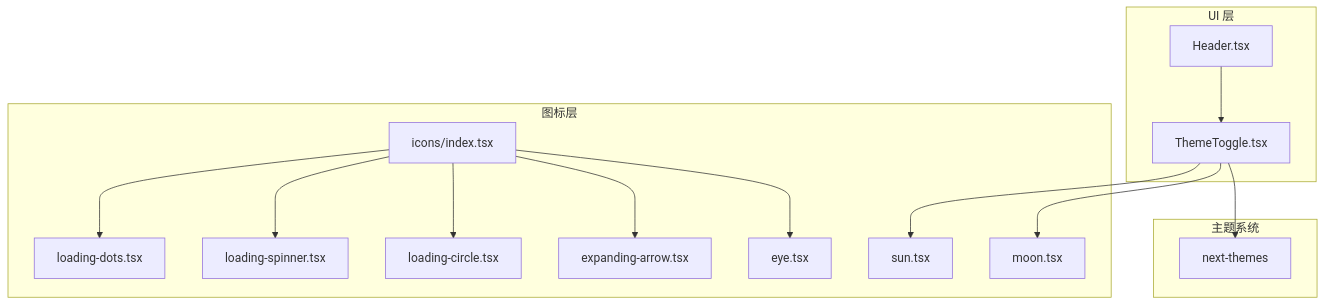
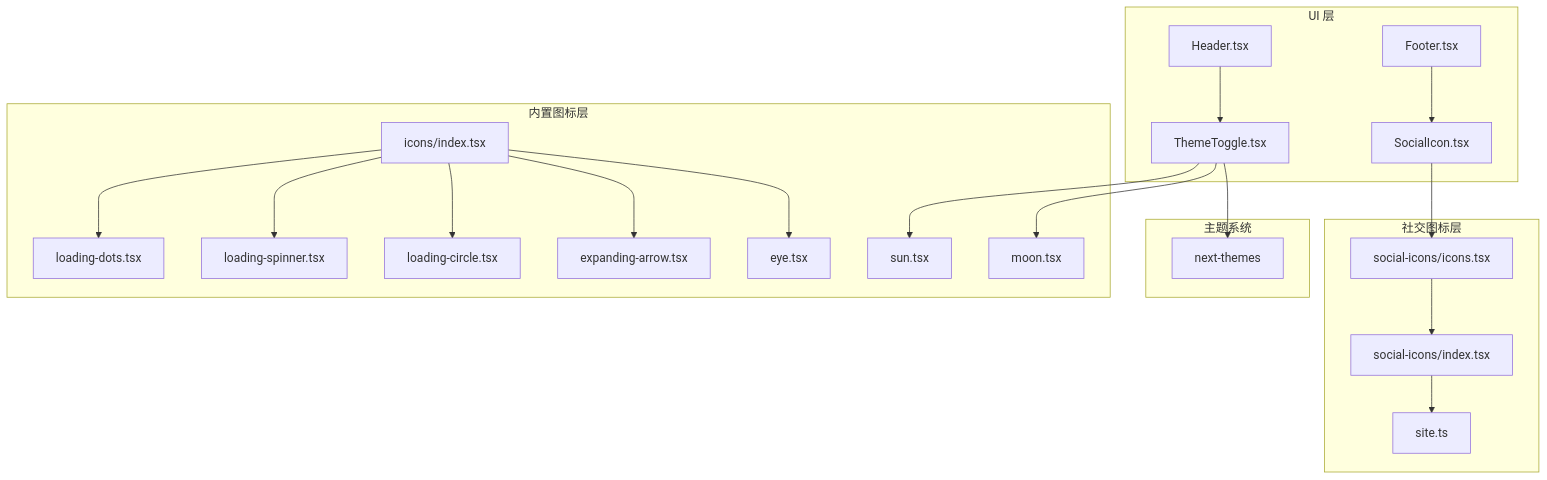
The second of 7 diagrams in .qoder/repowiki/zh/content/用户界面组件/图标组件.md (billychou/linkedin-answer), drawn with Mermaid before and after one commit. The commit also changed other lines of this file and 10 other files, not shown here.

````diff
--- a/.qoder/repowiki/zh/content/用户界面组件/图标组件.md
+++ b/.qoder/repowiki/zh/content/用户界面组件/图标组件.md
@@ -141,29 +166,40 @@
 ```mermaid
 graph TB
 subgraph "UI 层"
 H["Header.tsx"]
 TT["ThemeToggle.tsx"]
+F["Footer.tsx"]
+SI["SocialIcon.tsx"]
 end
-subgraph "图标层"
+subgraph "内置图标层"
 I["icons/index.tsx"]
 LD["loading-dots.tsx"]
 LS["loading-spinner.tsx"]
 LC["loading-circle.tsx"]
 EA["expanding-arrow.tsx"]
 SUN["sun.tsx"]
 MOON["moon.tsx"]
 EYE["eye.tsx"]
 end
+subgraph "社交图标层"
+ICONS["social-icons/icons.tsx"]
+SOCIAL["social-icons/index.tsx"]
+SC["site.ts"]
+end
 subgraph "主题系统"
 NT["next-themes"]
 end
 H --> TT
+F --> SI
 TT --> SUN
 TT --> MOON
 I --> LD
 I --> LS
 I --> LC
 I --> EA
 I --> EYE
+SI --> ICONS
+ICONS --> SOCIAL
+SOCIAL --> SC
 TT --> NT
 ```
````
